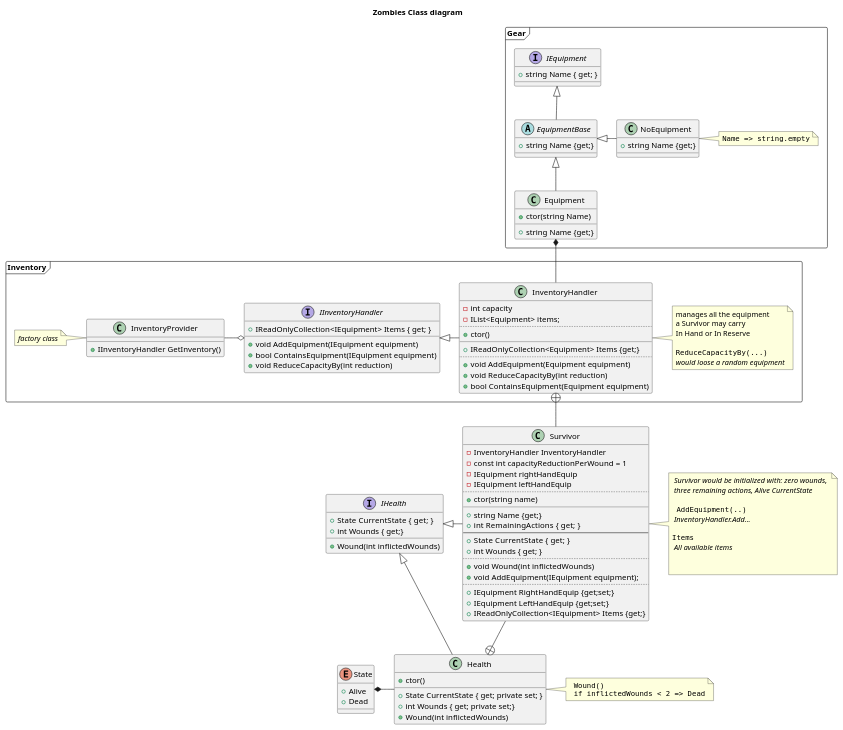
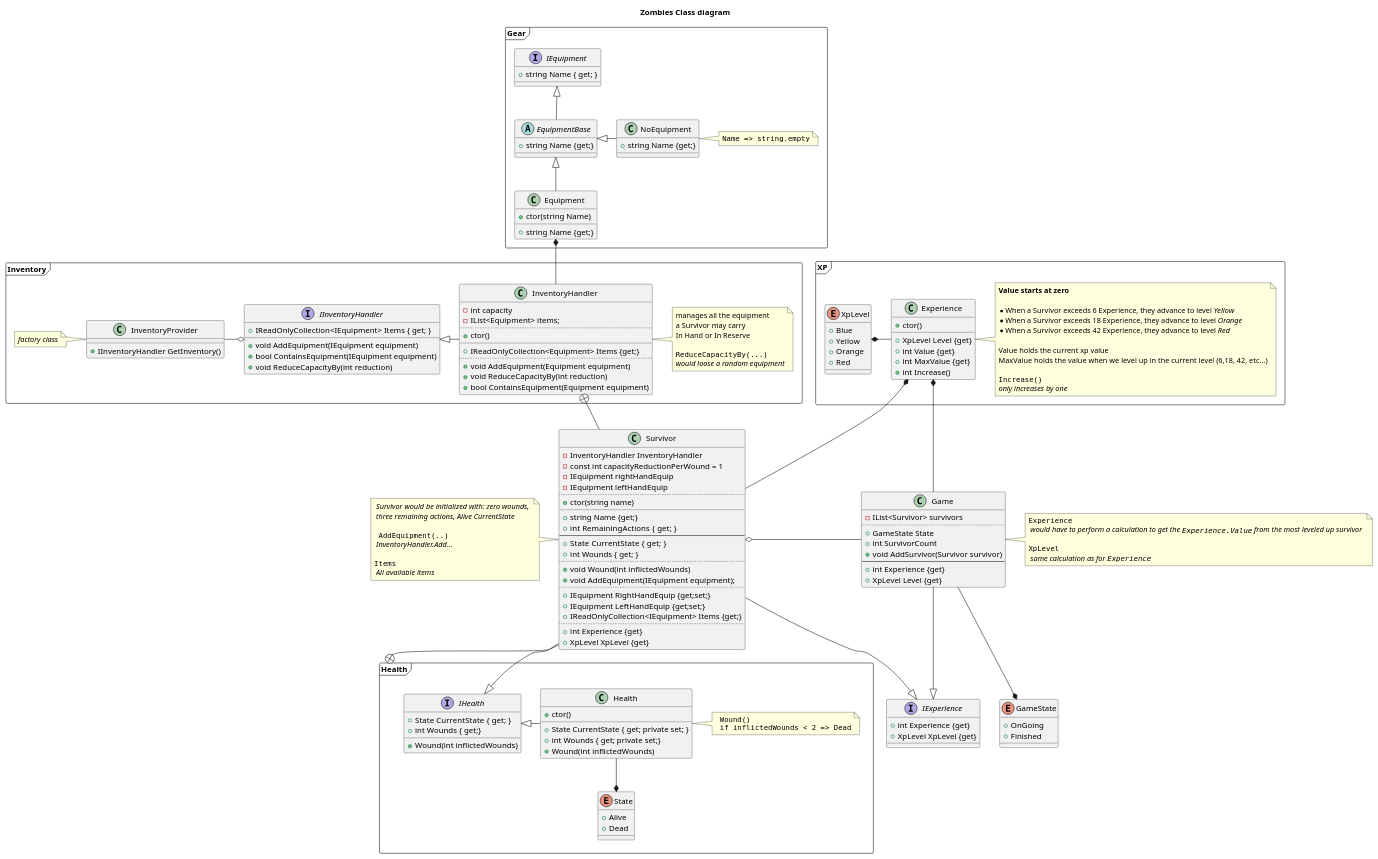
One commit to JPTouron/Zombies-Kata changed the diagram in diagram.wsd. Above: the diagram before and after it, drawn with PlantUML. The commit also changed 4 other files, not shown here.

First line of the commit message:
WIP Step 4, Added Experience and XpLevel classes

```diff
--- a/diagram.wsd
+++ b/diagram.wsd
@@ -36,6 +36,7 @@
 
     EquipmentBase <|-- Equipment
 }
+
 frame Inventory{
 
     interface IInventoryHandler
@@ -81,35 +82,79 @@
     Equipment *-- InventoryHandler
 }
 
-enum State{
-    +Alive
-    +Dead
+frame Health {
+
+    enum State{
+        +Alive
+        +Dead
+    }
+
+    interface IHealth
+    {
+        +State CurrentState  { get; }
+        +int Wounds { get;}
+        +Wound(int inflictedWounds)
+    }
+
+    class Health
+    {
+        +ctor()
+        __
+        +State CurrentState { get; private set; }
+        +int Wounds { get; private set;}
+        +Wound(int inflictedWounds)
+    }
+
+    note right
+        "" Wound() ""
+        "" if inflictedWounds < 2 => Dead""
+    end note
+
+    State *-up- Health
+    IHealth <|- Health
 }
 
-interface IHealth
-{
-    +State CurrentState  { get; }
-    +int Wounds { get;}
-    +Wound(int inflictedWounds)
+frame XP {
+    enum XpLevel
+    {
+        +Blue
+        +Yellow
+        +Orange
+        +Red
+    }
+
+
+
+    class Experience
+    {
+        +ctor()
+        __
+        +XpLevel Level {get}
+        +int Value {get}
+        +int MaxValue {get}
+        +int Increase()
+    }
+    note right
+        <b>Value starts at zero</b>
+
+        * When a Survivor exceeds 6 Experience, they advance to level //Yellow//
+        * When a Survivor exceeds 18 Experience, they advance to level //Orange//
+        * When a Survivor exceeds 42 Experience, they advance to level //Red//
+
+        Value holds the current xp value
+        MaxValue  holds the value when we level up in the current level (6,18, 42, etc...)
+
+        ""Increase()""
+        //only increases by one//
+    end note
+
+    XpLevel *- Experience
 }
 
-class Health
-{
-    +ctor()
-    __
-    +State CurrentState { get; private set; }
-    +int Wounds { get; private set;}
-    +Wound(int inflictedWounds)
+interface IExperience{
+    +int Experience {get}
+    +XpLevel XpLevel {get}
 }
-
-note right
-    "" Wound() ""
-    "" if inflictedWounds < 2 => Dead""
-end note
-
-State *- Health
-IHealth <|- Health
-
 
 class Survivor
 {
@@ -132,9 +177,12 @@
     +IEquipment RightHandEquip {get;set;}
     +IEquipment LeftHandEquip {get;set;}
     +IReadOnlyCollection<IEquipment> Items {get;}
+    ..
+    +int Experience {get}
+    +XpLevel XpLevel {get}
 }
 
-note right
+note left
     // Survivor would be initialized with: zero wounds, //
     // three remaining actions, Alive CurrentState //
 
@@ -143,13 +191,43 @@
 
     ""Items""
     // All available items //
-
-
 end note
 
 Health +-up- Survivor
-IHealth <|-Survivor
+IHealth <|- Survivor
+Experience *-- Survivor
+IExperience <|-left- Survivor
 
 InventoryHandler +-- Survivor
 
+enum GameState{
+    +OnGoing
+    +Finished
+}
+
+class Game
+{
+    -IList<Survivor> survivors
+    ....
+    +GameState State
+    +int SurvivorCount
+    +void AddSurvivor(Survivor survivor)
+    --
+    +int Experience {get}
+    +XpLevel Level {get}
+}
+
+note right
+    ""Experience""
+    // would have to perform a calculation to get the ""Experience.Value"" from the most leveled up survivor //
+
+    ""XpLevel""
+    // same calculation as for ""Experience"" //
+end note
+
+Survivor o- Game
+GameState *-up- Game
+Experience *-- Game
+IExperience <|-up- Game
+
 @enduml
```
